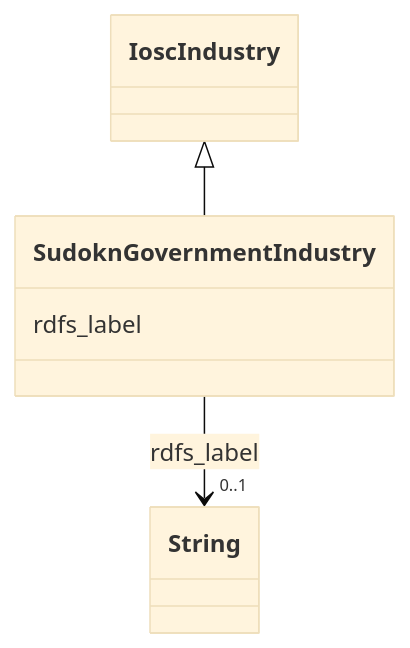
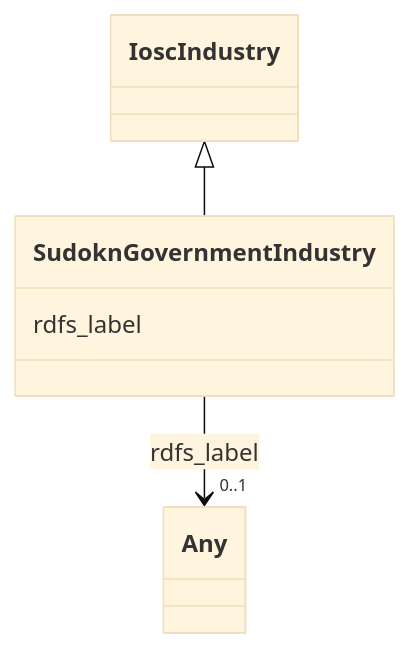
One commit to frink-okn/graph-descriptions changed the diagram in sudokn-kg/classes/SudoknGovernmentIndustry.md. Above: the diagram before and after it, drawn with Mermaid (base theme). The commit also changed other lines of this file and 903 other files, not shown here.

````diff
--- a/sudokn-kg/classes/SudoknGovernmentIndustry.md
+++ b/sudokn-kg/classes/SudoknGovernmentIndustry.md
@@ -23,18 +18,18 @@
 ```mermaid
  classDiagram
     class SudoknGovernmentIndustry
     click SudoknGovernmentIndustry href "../SudoknGovernmentIndustry"
       IoscIndustry <|-- SudoknGovernmentIndustry
         click IoscIndustry href "../IoscIndustry"
       
       SudoknGovernmentIndustry : rdfs_label
         
           
     
     
-    SudoknGovernmentIndustry --> "0..1" String : rdfs_label
-    click String href "../String"
+    SudoknGovernmentIndustry --> "0..1" Any : rdfs_label
+    click Any href "../Any"
 
         
       
 ```
````
